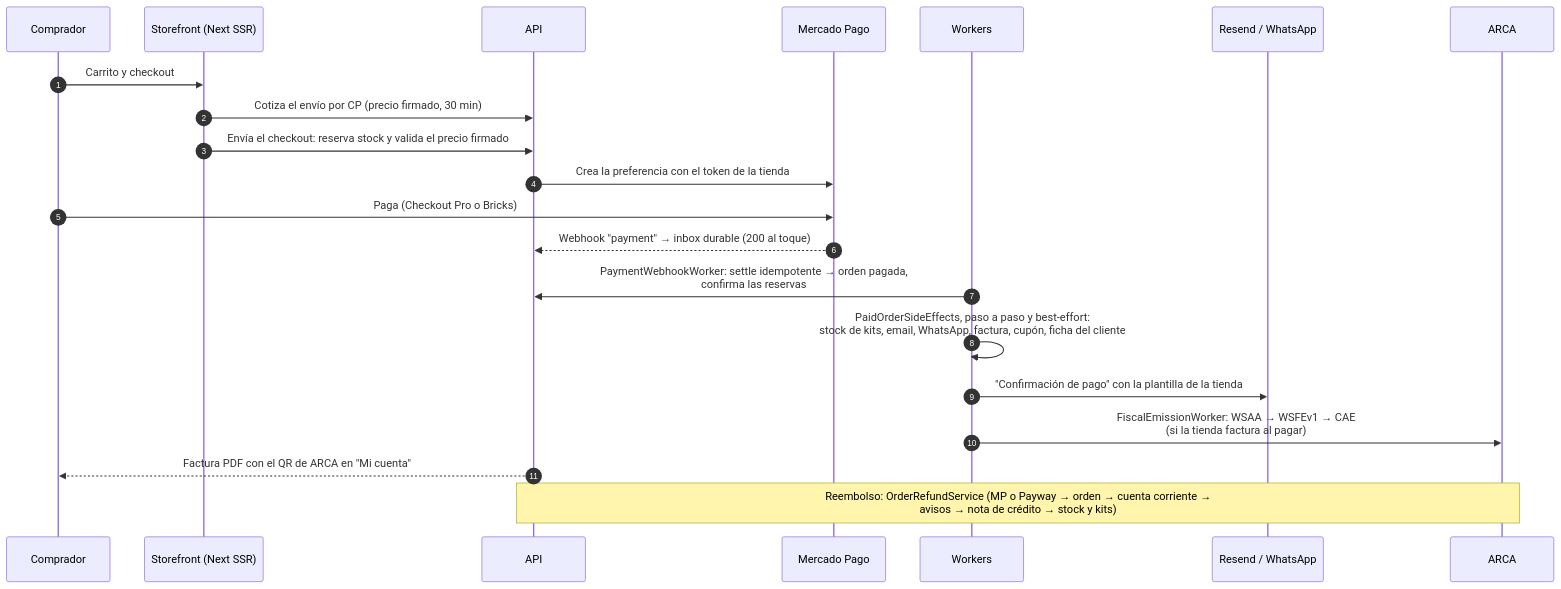
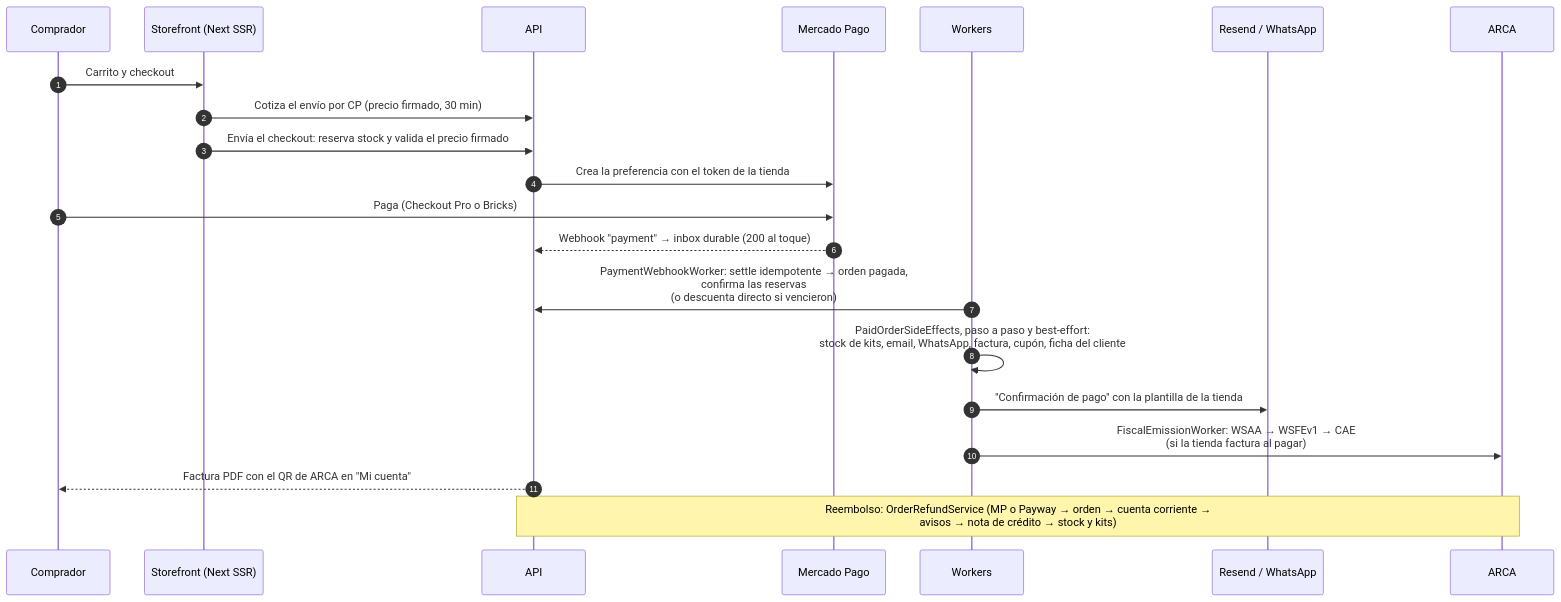
The fourth of 5 diagrams in docs/arquitectura.md (alanshalem/tiendafy), drawn with Mermaid before and after one commit. The commit also changed 31 other files, not shown here.

````diff
--- a/docs/arquitectura.md
+++ b/docs/arquitectura.md
@@ -237,24 +237,24 @@
 ```mermaid
 sequenceDiagram
     autonumber
     participant C as Comprador
     participant S as Storefront (Next SSR)
     participant A as API
     participant MP as Mercado Pago
     participant W as Workers
     participant N as Resend / WhatsApp
     participant AR as ARCA
 
     C->>S: Carrito y checkout
     S->>A: Cotiza el envío por CP (precio firmado, 30 min)
     S->>A: Envía el checkout: reserva stock y valida el precio firmado
     A->>MP: Crea la preferencia con el token de la tienda
     C->>MP: Paga (Checkout Pro o Bricks)
     MP-->>A: Webhook "payment" → inbox durable (200 al toque)
-    W->>A: PaymentWebhookWorker: settle idempotente → orden pagada,<br/>confirma las reservas
+    W->>A: PaymentWebhookWorker: settle idempotente → orden pagada,<br/>confirma las reservas<br/>(o descuenta directo si vencieron)
     W->>W: PaidOrderSideEffects, paso a paso y best-effort:<br/>stock de kits, email, WhatsApp, factura, cupón, ficha del cliente
     W->>N: "Confirmación de pago" con la plantilla de la tienda
     W->>AR: FiscalEmissionWorker: WSAA → WSFEv1 → CAE<br/>(si la tienda factura al pagar)
     A-->>C: Factura PDF con el QR de ARCA en "Mi cuenta"
     Note over A,AR: Reembolso: OrderRefundService (MP o Payway → orden → cuenta corriente →<br/>avisos → nota de crédito → stock y kits)
 ```
````
